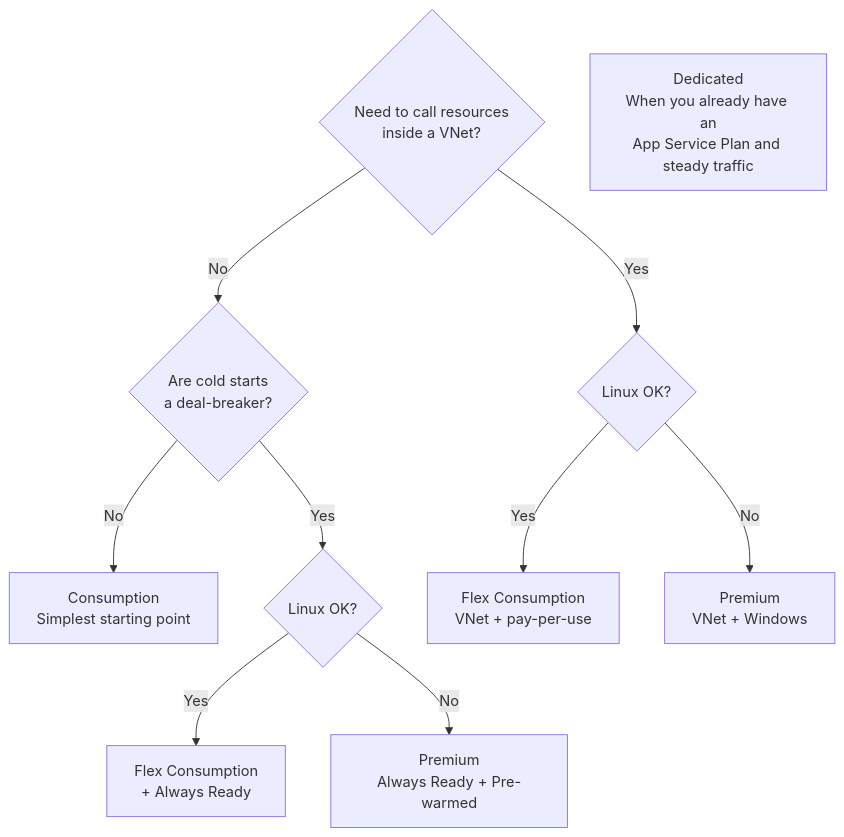
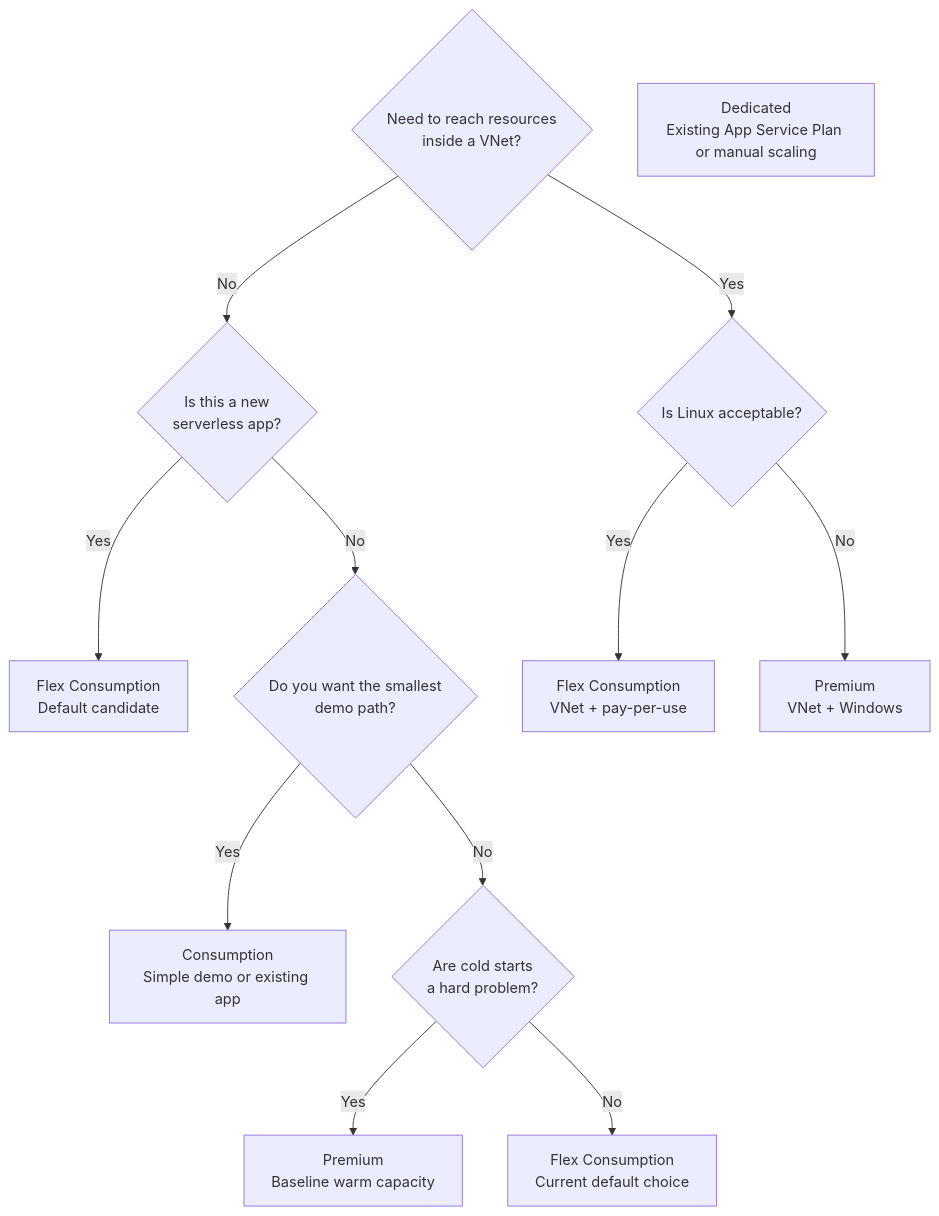
The second of 2 diagrams in azure-functions-101/en/05-choosing-a-plan.md (yeongseon-books/book-content), drawn with Mermaid before and after one commit. The commit also changed other lines of this file and 42 other files, not shown here.

First line of the commit message:
fix: 오라클 리뷰 반영 — Functions 101/Deep Dive 사실관계·톤·다이어그램 정리, App Service 101 ko/en 재구조화

````diff
--- a/azure-functions-101/en/05-choosing-a-plan.md
+++ b/azure-functions-101/en/05-choosing-a-plan.md
@@ -179,17 +182,20 @@
 ```mermaid
 graph TD
-    Q1{Need to call resources<br/>inside a VNet?}
-    Q1 -- No --> Q2{Are cold starts<br/>a deal-breaker?}
-    Q1 -- Yes --> Q3{Linux OK?}
+    Q1{Need to reach resources<br/>inside a VNet?}
+    Q1 -- No --> Q2{Is this a new<br/>serverless app?}
+    Q1 -- Yes --> Q3{Is Linux acceptable?}
 
-    Q2 -- No --> CONS[Consumption<br/>Simplest starting point]
-    Q2 -- Yes --> Q4{Linux OK?}
+    Q2 -- Yes --> FLEX0[Flex Consumption<br/>Default candidate]
+    Q2 -- No --> Q4{Do you want the smallest<br/>demo path?}
 
-    Q3 -- Yes --> FLEX[Flex Consumption<br/>VNet + pay-per-use]
+    Q3 -- Yes --> FLEX1[Flex Consumption<br/>VNet + pay-per-use]
     Q3 -- No --> PREM1[Premium<br/>VNet + Windows]
 
-    Q4 -- Yes --> FLEX2[Flex Consumption<br/>+ Always Ready]
-    Q4 -- No --> PREM2[Premium<br/>Always Ready + Pre-warmed]
+    Q4 -- Yes --> CONS[Consumption<br/>Simple demo or existing app]
+    Q4 -- No --> Q5{Are cold starts<br/>a hard problem?}
 
-    DED[Dedicated<br/>When you already have an<br/>App Service Plan and steady traffic]
+    Q5 -- Yes --> PREM2[Premium<br/>Baseline warm capacity]
+    Q5 -- No --> FLEX2[Flex Consumption<br/>Current default choice]
+
+    DED[Dedicated<br/>Existing App Service Plan or manual scaling]
 ```
````
